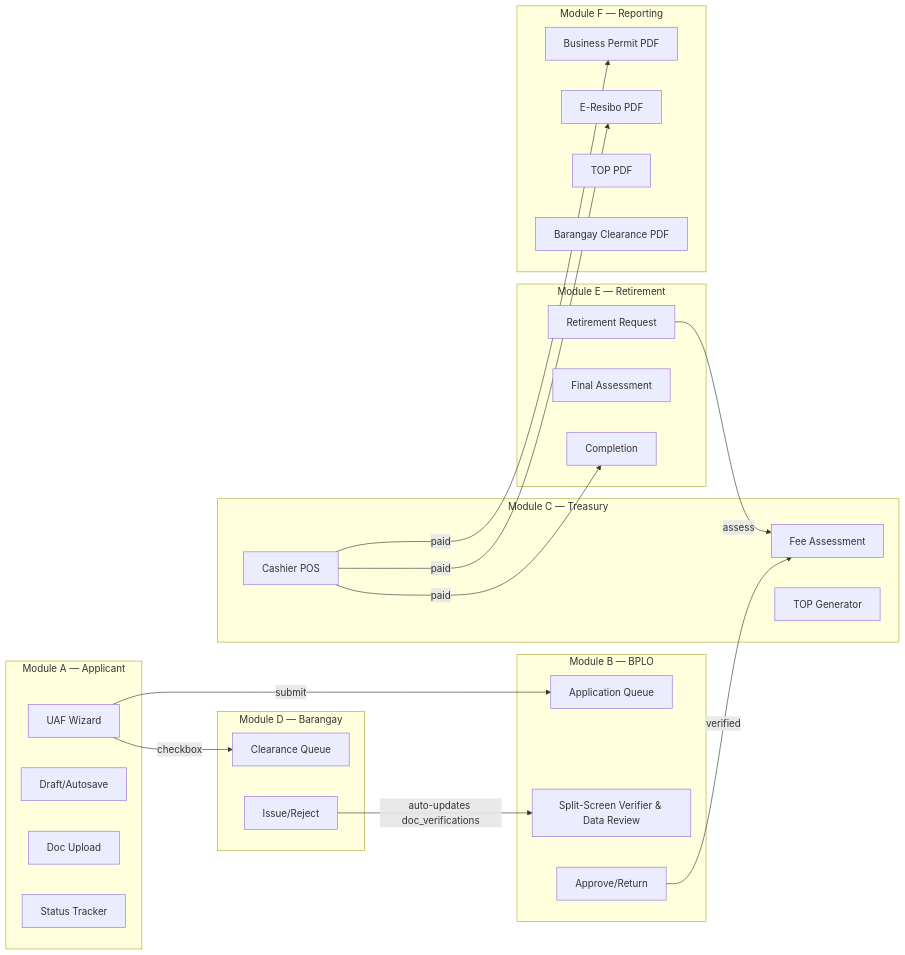
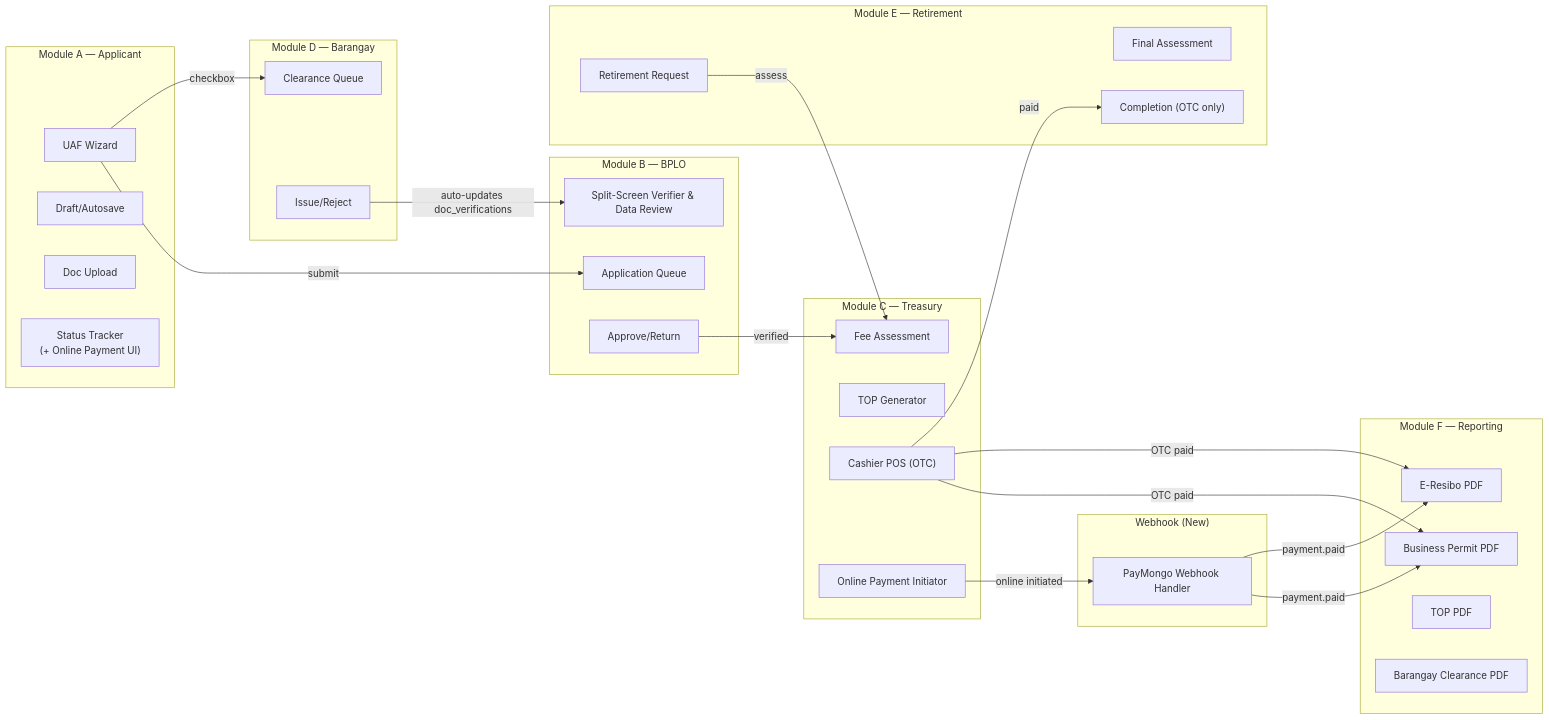
Before and after one commit to albuerocedrick/ebpls: the second of 6 diagrams in system-planning/eBPLS_System_Architecture.md, drawn with Mermaid. The commit also changed other lines of this file and 3 other files, not shown here.

````diff
--- a/system-planning/eBPLS_System_Architecture.md
+++ b/system-planning/eBPLS_System_Architecture.md
@@ -70,47 +86,54 @@
 ```mermaid
 graph LR
     subgraph "Module A — Applicant"
         A1["UAF Wizard"]
         A2["Draft/Autosave"]
         A3["Doc Upload"]
-        A4["Status Tracker"]
+        A4["Status Tracker<br/>(+ Online Payment UI)"]
     end
 
     subgraph "Module B — BPLO"
         B1["Application Queue"]
         B2["Split-Screen Verifier & Data Review"]
         B3["Approve/Return"]
     end
 
     subgraph "Module C — Treasury"
         C1["Fee Assessment"]
         C2["TOP Generator"]
-        C3["Cashier POS"]
+        C3["Cashier POS (OTC)"]
+        C4["Online Payment Initiator"]
     end
 
     subgraph "Module D — Barangay"
         D1["Clearance Queue"]
         D2["Issue/Reject"]
     end
 
     subgraph "Module E — Retirement"
         E1["Retirement Request"]
         E2["Final Assessment"]
-        E3["Completion"]
+        E3["Completion (OTC only)"]
     end
 
     subgraph "Module F — Reporting"
         F1["Business Permit PDF"]
         F2["E-Resibo PDF"]
         F3["TOP PDF"]
         F4["Barangay Clearance PDF"]
     end
 
+    subgraph "Webhook (New)"
+        W1["PayMongo Webhook Handler"]
+    end
+
     A1 -->|submit| B1
     B3 -->|verified| C1
-    C3 -->|paid| F1 & F2
+    C3 -->|OTC paid| F1 & F2
+    C4 -->|online initiated| W1
+    W1 -->|payment.paid| F1 & F2
     A1 -->|checkbox| D1
     D2 -->|"auto-updates doc_verifications"| B2
     E1 -->|assess| C1
     C3 -->|paid| E3
 ```
````
